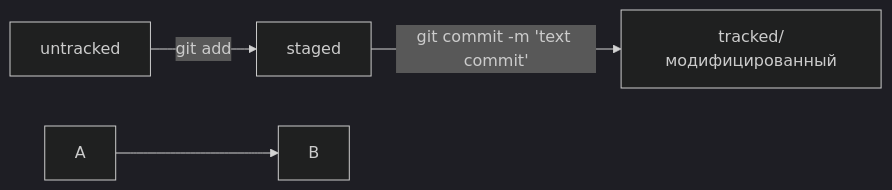
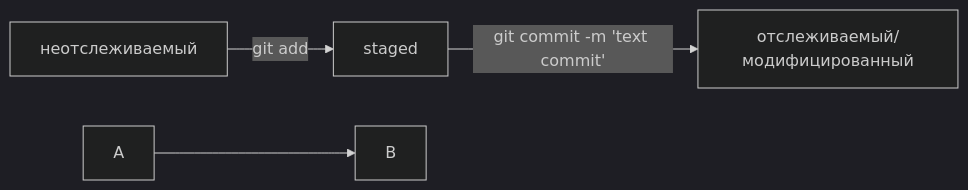
The diagram in README.md (goplomah/command-for-git), drawn with Mermaid (dark theme) before and after one commit.

Commit message:
изменение языка некоторых блок-схем mermaid

````diff
--- a/README.md
+++ b/README.md
@@ -16,8 +16,8 @@
 ```mermaid
 graph LR;
-  untracked -- "git add" --> staged;
-  staged -- "git commit -m 'text commit'" --> tracked/модифицированный;
+  неотслеживаемый -- "git add" --> staged;
+  staged -- "git commit -m 'text commit'" --> отслеживаемый/модифицированный;
 
 %% стрелка без текста для примера: 
   A --> B;
 ```
````
